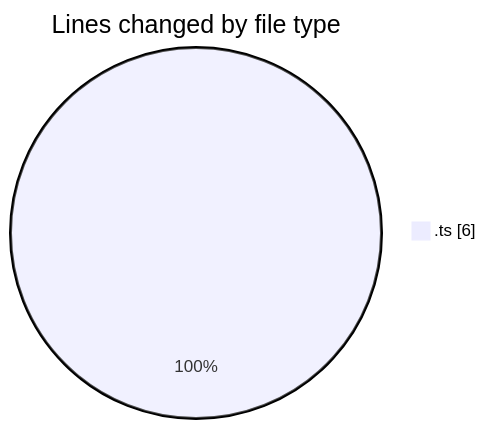
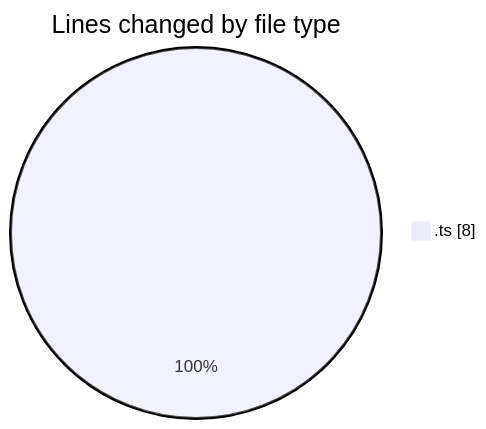
One commit to momahboobian/code-tracking changed the first of 2 diagrams in 2025-08-08/cda/README.md. Above: the diagram before and after it, drawn with Mermaid. The commit also changed other lines of this file and 1 other file, not shown here.

````diff
--- a/2025-08-08/cda/README.md
+++ b/2025-08-08/cda/README.md
@@ -20,5 +20,5 @@
 ```mermaid
 pie showData
 title Lines changed by file type
-".ts" : 6
+".ts" : 8
 ```
````
